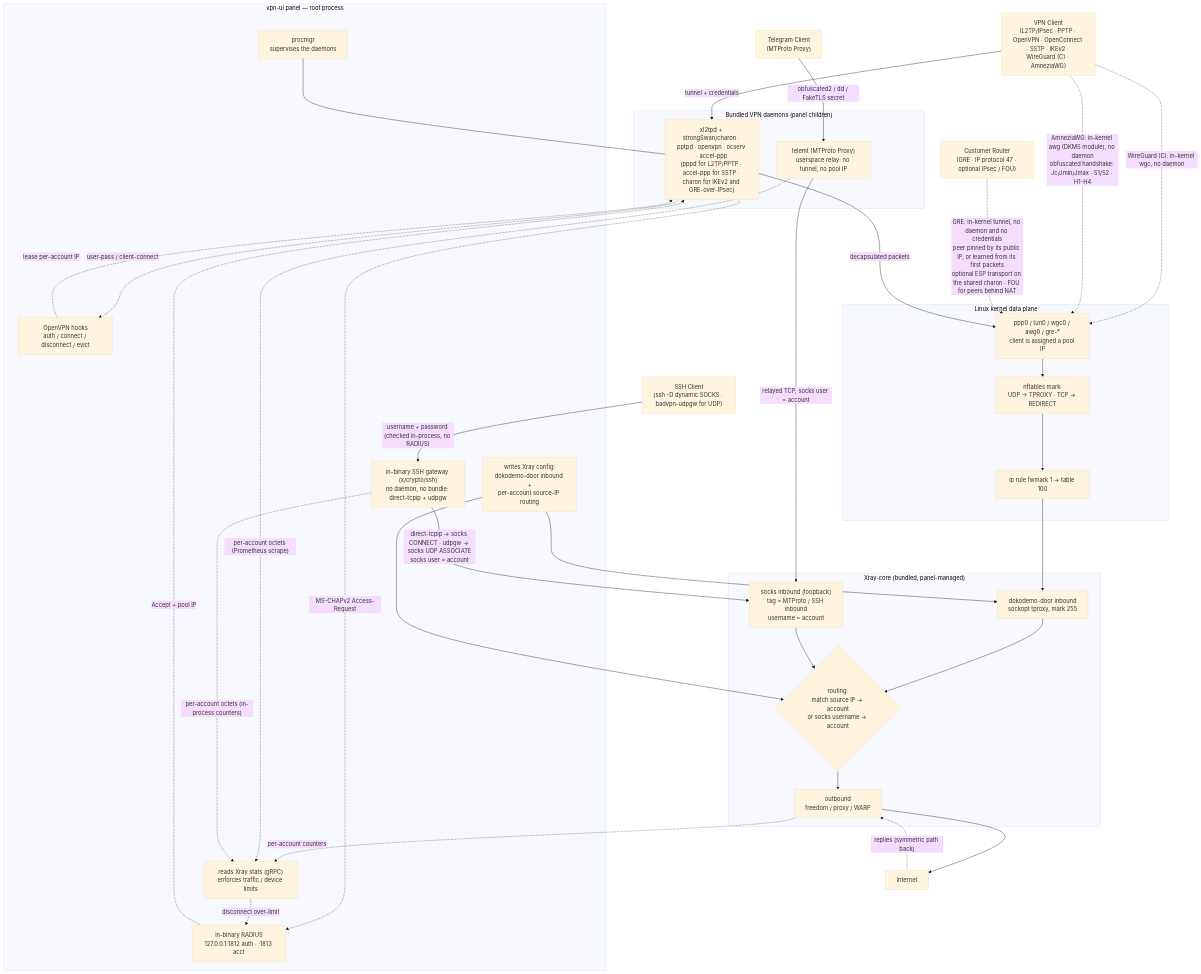
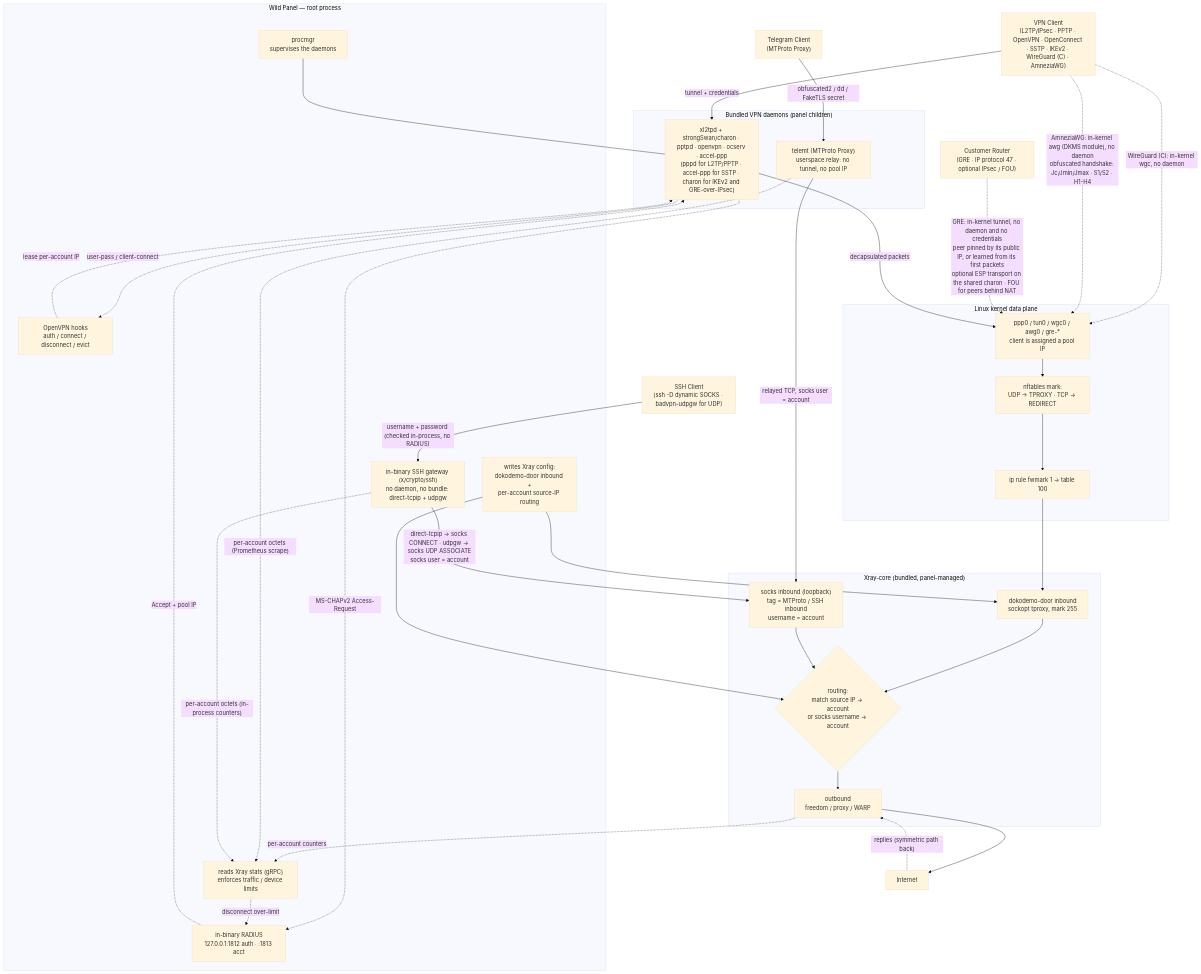
One commit to infowild/Wild-Panel changed the first of 2 diagrams in README.md. Above: the diagram before and after it, drawn with Mermaid (base theme). The commit also changed other lines of this file and 27 other files, not shown here.

First line of the commit message:
refactor: rebrand from VPN-UI to Wild Panel

````diff
--- a/README.md
+++ b/README.md
@@ -95,66 +95,66 @@
 ```mermaid
 flowchart TB
   Client["VPN Client<br/>(L2TP/IPsec · PPTP · OpenVPN · OpenConnect · SSTP · IKEv2 · WireGuard (C) · AmneziaWG)"]
   TGC["Telegram Client<br/>(MTProto Proxy)"]
   SSHC["SSH Client<br/>(ssh -D dynamic SOCKS · badvpn-udpgw for UDP)"]
   GREC["Customer Router<br/>(GRE · IP protocol 47 · optional IPsec / FOU)"]
 
-  subgraph PANEL["vpn-ui panel — root process"]
+  subgraph PANEL["Wild Panel — root process"]
     PROC["procmgr<br/>supervises the daemons"]
     RAD["in-binary RADIUS<br/>127.0.0.1:1812 auth · :1813 acct"]
     HOOK["OpenVPN hooks<br/>auth / connect / disconnect / evict"]
     CONF["writes Xray config:<br/>dokodemo-door inbound +<br/>per-account source-IP routing"]
     STAT["reads Xray stats (gRPC)<br/>enforces traffic / device limits"]
     SSHSRV["in-binary SSH gateway (x/crypto/ssh)<br/>no daemon, no bundle: direct-tcpip + udpgw"]
   end
 
   subgraph DAEMON["Bundled VPN daemons (panel children)"]
     D["xl2tpd + strongSwan/charon · pptpd · openvpn · ocserv · accel-ppp<br/>(pppd for L2TP/PPTP · accel-ppp for SSTP · charon for IKEv2 and GRE-over-IPsec)"]
     MT["telemt (MTProto Proxy)<br/>userspace relay: no tunnel, no pool IP"]
   end
 
   subgraph KERNEL["Linux kernel data plane"]
     IFACE["ppp0 / tun0 / wgc0 / awg0 / gre-*<br/>client is assigned a pool IP"]
     NFT["nftables mark:<br/>UDP → TPROXY · TCP → REDIRECT"]
     RULE["ip rule fwmark 1 → table 100"]
   end
 
   subgraph XRAY["Xray-core (bundled, panel-managed)"]
     DOKO["dokodemo-door inbound<br/>sockopt tproxy, mark 255"]
     SOCKS["socks inbound (loopback)<br/>tag = MTProto / SSH inbound<br/>username = account"]
     ROUTE{"routing:<br/>match source IP → account<br/>or socks username → account"}
     OUT["outbound<br/>freedom / proxy / WARP"]
   end
 
   NET["Internet"]
 
   %% control plane
   Client -->|"tunnel + credentials"| D
   Client -.->|"WireGuard (C): in-kernel wgc, no daemon"| IFACE
   Client -.->|"AmneziaWG: in-kernel awg (DKMS module), no daemon<br/>obfuscated handshake: Jc/Jmin/Jmax · S1/S2 · H1-H4"| IFACE
   GREC -.->|"GRE: in-kernel tunnel, no daemon and no credentials<br/>peer pinned by its public IP, or learned from its first packets<br/>optional ESP transport on the shared charon · FOU for peers behind NAT"| IFACE
   TGC -->|"obfuscated2 / dd / FakeTLS secret"| MT
   SSHC -->|"username + password (checked in-process, no RADIUS)"| SSHSRV
   D -.->|"MS-CHAPv2 Access-Request"| RAD
   RAD -.->|"Accept + pool IP"| D
   D -.->|"user-pass / client-connect"| HOOK
   HOOK -.->|"lease per-account IP"| D
   PROC --- D
   CONF --> DOKO
   CONF --> ROUTE
 
   %% data plane
   D -->|"decapsulated packets"| IFACE
   IFACE --> NFT --> RULE --> DOKO
   DOKO --> ROUTE --> OUT --> NET
   MT -->|"relayed TCP, socks user = account"| SOCKS
   SSHSRV -->|"direct-tcpip → socks CONNECT · udpgw → socks UDP ASSOCIATE<br/>socks user = account"| SOCKS
   SOCKS --> ROUTE
 
   %% accounting + return
   OUT -.->|"per-account counters"| STAT
   MT -.->|"per-account octets (Prometheus scrape)"| STAT
   SSHSRV -.->|"per-account octets (in-process counters)"| STAT
   STAT -.->|"disconnect over-limit"| RAD
   NET -.->|"replies (symmetric path back)"| OUT
 ```
````
